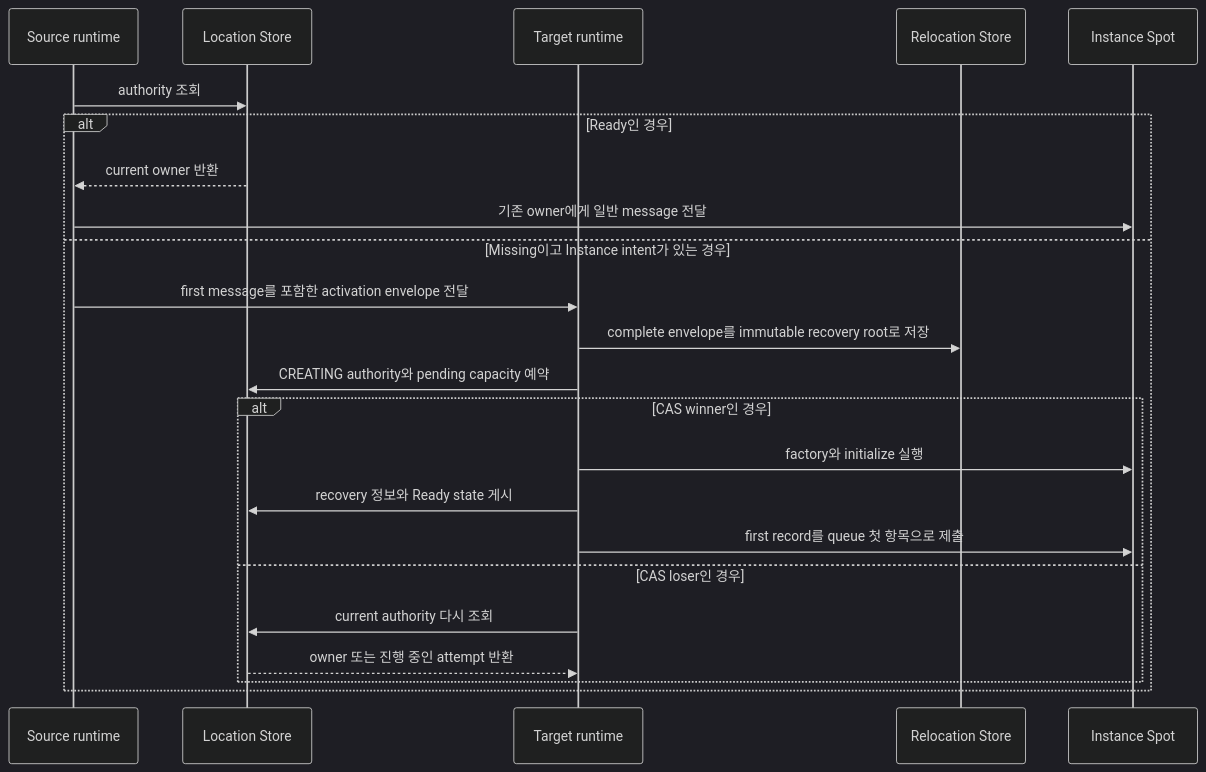
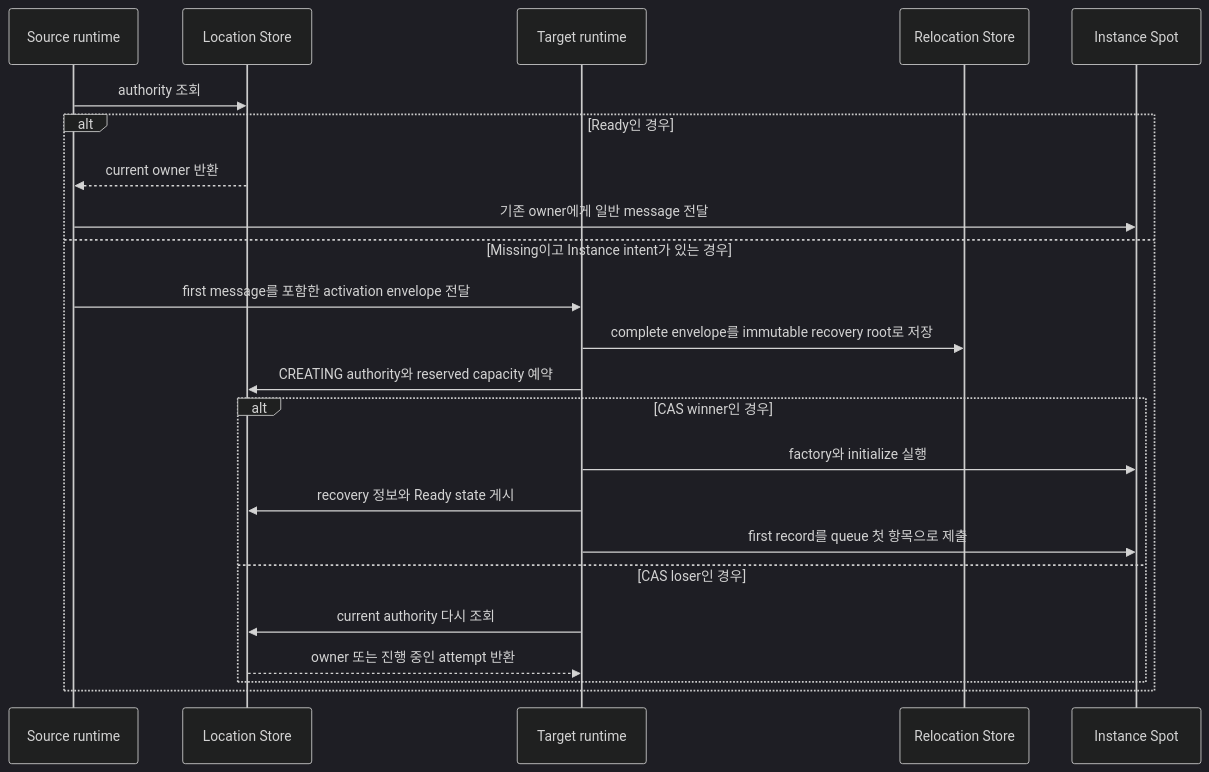
Before and after one commit to kairos-code-dev/zlink: the diagram in framework/doc/framework/common/spec/server/languages/java/interfaces/spots.ko.md, drawn with Mermaid (dark theme). The commit also changed other lines of this file and 385 other files, not shown here.

````diff
--- a/framework/doc/framework/common/spec/server/languages/java/interfaces/spots.ko.md
+++ b/framework/doc/framework/common/spec/server/languages/java/interfaces/spots.ko.md
@@ -203,26 +211,26 @@
 ```mermaid
 sequenceDiagram
     participant S as Source runtime
     participant L as Location Store
     participant T as Target runtime
     participant R as Relocation Store
     participant I as Instance Spot
 
     S->>L: authority 조회
     alt Ready인 경우
         L-->>S: current owner 반환
         S->>I: 기존 owner에게 일반 message 전달
     else Missing이고 Instance intent가 있는 경우
         S->>T: first message를 포함한 activation envelope 전달
         T->>R: complete envelope를 immutable recovery root로 저장
-        T->>L: CREATING authority와 pending capacity 예약
+        T->>L: CREATING authority와 reserved capacity 예약
         alt CAS winner인 경우
             T->>I: factory와 initialize 실행
             T->>L: recovery 정보와 Ready state 게시
             T->>I: first record를 queue 첫 항목으로 제출
         else CAS loser인 경우
             T->>L: current authority 다시 조회
             L-->>T: owner 또는 진행 중인 attempt 반환
         end
     end
 ```
````
